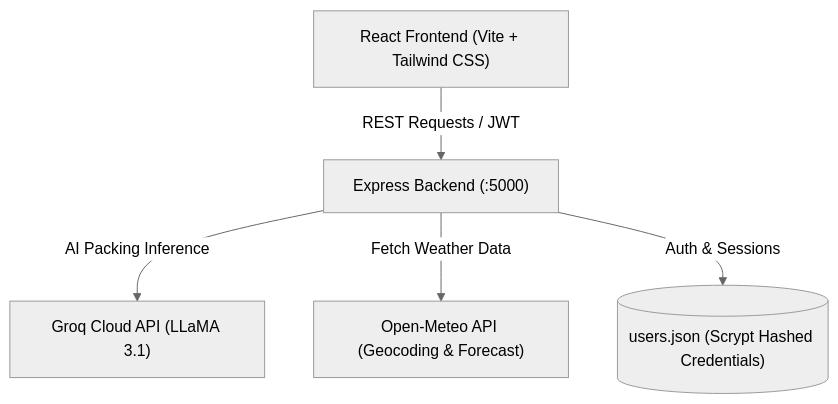
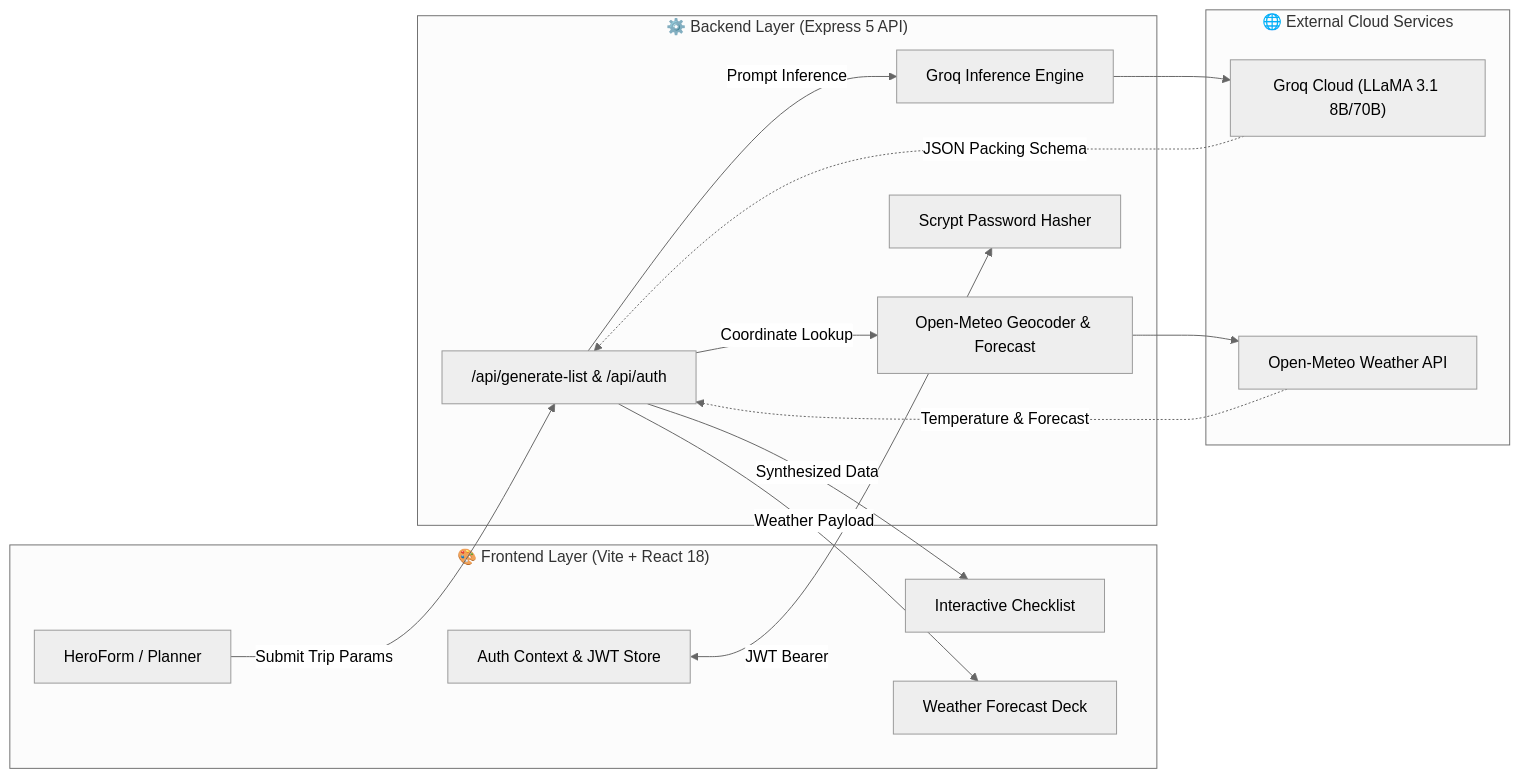
Before and after one commit to HK2184/packpilot: the second of 2 diagrams in README.md, drawn with Mermaid (neutral theme). The commit also changed other lines of this file, not shown here.

Commit message:
docs: make README interactive with diagrams, deep dives, API explorer, and comparison matrix

````diff
--- a/README.md
+++ b/README.md
@@ -53,13 +181,30 @@
 ```mermaid
-graph TD
-    Client["React Frontend (Vite + Tailwind CSS)"]
-    API["Express Backend (:5000)"]
-    Groq["Groq Cloud API (LLaMA 3.1)"]
-    Meteo["Open-Meteo API (Geocoding & Forecast)"]
-    AuthDB[("users.json (Scrypt Hashed Credentials)")]
+flowchart LR
+    subgraph Frontend["🎨 Frontend Layer (Vite + React 18)"]
+        Hero["HeroForm / Planner"]
+        Checklist["Interactive Checklist"]
+        WeatherCard["Weather Forecast Deck"]
+        AuthContext["Auth Context & JWT Store"]
+    end
 
-    Client -->|"REST Requests / JWT"| API
-    API -->|"AI Packing Inference"| Groq
-    API -->|"Fetch Weather Data"| Meteo
-    API -->|"Auth & Sessions"| AuthDB
+    subgraph Backend["⚙️ Backend Layer (Express 5 API)"]
+        Router["/api/generate-list & /api/auth"]
+        GroqClient["Groq Inference Engine"]
+        WeatherClient["Open-Meteo Geocoder & Forecast"]
+        ScryptAuth["Scrypt Password Hasher"]
+    end
+
+    subgraph External["🌐 External Cloud Services"]
+        GroqCloud["Groq Cloud (LLaMA 3.1 8B/70B)"]
+        MeteoCloud["Open-Meteo Weather API"]
+    end
+
+    Hero -->|"Submit Trip Params"| Router
+    Router -->|"Prompt Inference"| GroqClient --> GroqCloud
+    Router -->|"Coordinate Lookup"| WeatherClient --> MeteoCloud
+    GroqCloud -.->|"JSON Packing Schema"| Router
+    MeteoCloud -.->|"Temperature & Forecast"| Router
+    Router -->|"Synthesized Data"| Checklist
+    Router -->|"Weather Payload"| WeatherCard
+    AuthContext <-->|"JWT Bearer"| ScryptAuth
 ```
````
